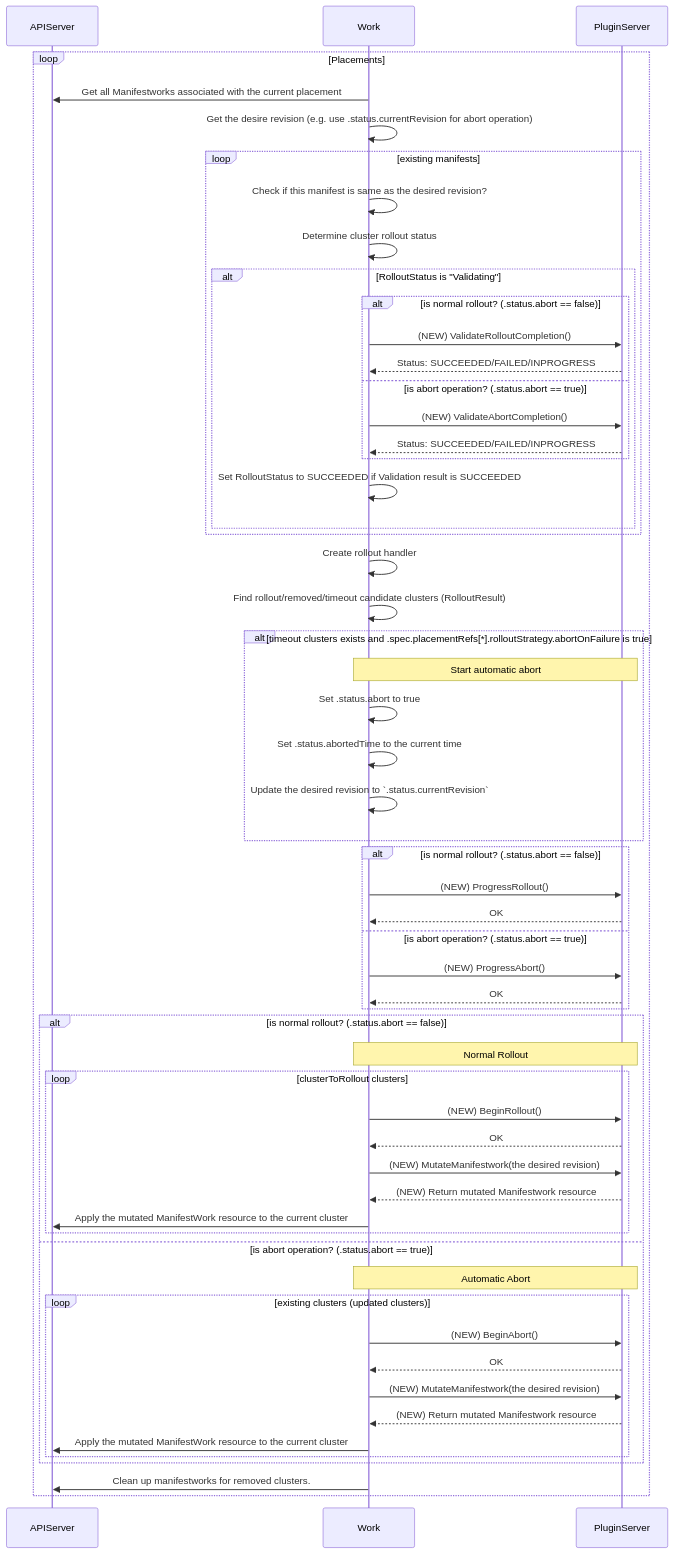
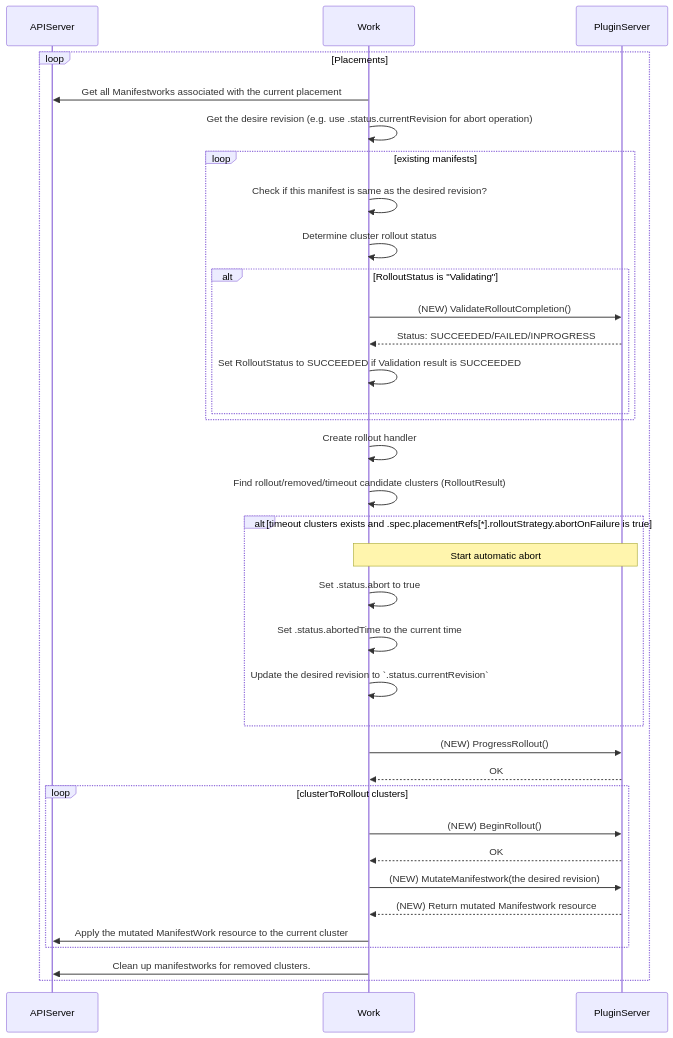
The second of 3 diagrams in enhancements/sig-architecture/227-manifestworkreplicaset-rollout-plugin/README.md (open-cluster-management-io/enhancements), drawn with Mermaid before and after one commit. The commit also changed other lines of this file, not shown here.

````diff
--- a/enhancements/sig-architecture/227-manifestworkreplicaset-rollout-plugin/README.md
+++ b/enhancements/sig-architecture/227-manifestworkreplicaset-rollout-plugin/README.md
@@ -117,61 +115,39 @@
 ```mermaid
 sequenceDiagram
     participant APIServer
     participant Work
     participant PluginServer
 
     loop Placements
         Work->>APIServer: Get all Manifestworks associated with the current placement
         Work->>Work: Get the desire revision (e.g. use .status.currentRevision for abort operation)
         loop existing manifests
             Work->>Work: Check if this manifest is same as the desired revision?
             Work->>Work: Determine cluster rollout status
             alt RolloutStatus is "Validating"
-                alt is normal rollout? (.status.abort == false)
                 Work->>PluginServer: (NEW) ValidateRolloutCompletion()
                 PluginServer-->>Work: Status: SUCCEEDED/FAILED/INPROGRESS
-                else is abort operation? (.status.abort == true)
-                Work->>PluginServer: (NEW) ValidateAbortCompletion()
-                PluginServer-->>Work: Status: SUCCEEDED/FAILED/INPROGRESS
-                end
                 Work->>Work: Set RolloutStatus to SUCCEEDED if Validation result is SUCCEEDED
             end
         end
         Work->>Work: Create rollout handler
         Work->>Work: Find rollout/removed/timeout candidate clusters (RolloutResult)
         alt timeout clusters exists and .spec.placementRefs[*].rolloutStrategy.abortOnFailure is true
           Note over Work, PluginServer: Start automatic abort
           Work->>Work: Set .status.abort to true
           Work->>Work: Set .status.abortedTime to the current time
           Work->>Work: Update the desired revision to `.status.currentRevision`
         end
-        alt is normal rollout? (.status.abort == false)
-          Work->>PluginServer: (NEW) ProgressRollout()
-          PluginServer-->>Work: OK
-        else is abort operation? (.status.abort == true)
-          Work->>PluginServer: (NEW) ProgressAbort()
-          PluginServer-->>Work: OK
-        end
-        alt is normal rollout? (.status.abort == false)
-          Note over Work, PluginServer: Normal Rollout
-          loop clusterToRollout clusters
-              Work->>PluginServer: (NEW) BeginRollout()
-              PluginServer-->>Work: OK
-              Work->>PluginServer: (NEW) MutateManifestwork(the desired revision)
-              PluginServer-->>Work: (NEW) Return mutated Manifestwork resource
-              Work->>APIServer: Apply the mutated ManifestWork resource to the current cluster
-          end
-        else is abort operation? (.status.abort == true)
-          Note over Work, PluginServer: Automatic Abort
-          loop existing clusters (updated clusters)
-              Work->>PluginServer: (NEW) BeginAbort()
-              PluginServer-->>Work: OK
-              Work->>PluginServer: (NEW) MutateManifestwork(the desired revision)
-              PluginServer-->>Work: (NEW) Return mutated Manifestwork resource
-              Work->>APIServer: Apply the mutated ManifestWork resource to the current cluster
-          end
+        Work->>PluginServer: (NEW) ProgressRollout()
+        PluginServer-->>Work: OK
+        loop clusterToRollout clusters
+            Work->>PluginServer: (NEW) BeginRollout()
+            PluginServer-->>Work: OK
+            Work->>PluginServer: (NEW) MutateManifestwork(the desired revision)
+            PluginServer-->>Work: (NEW) Return mutated Manifestwork resource
+            Work->>APIServer: Apply the mutated ManifestWork resource to the current cluster
         end
         Work->>APIServer: Clean up manifestworks for removed clusters.
     end
 
 ```
````
